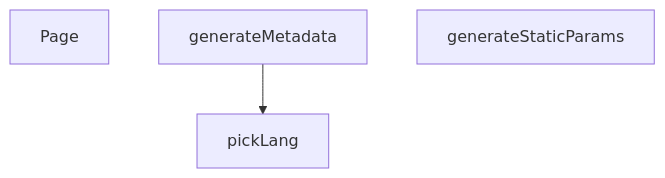
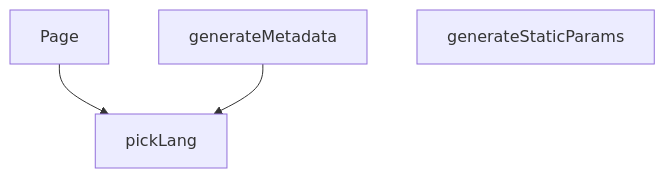
One commit to peckop/venthub-hvac-esite changed the diagram in src/app/[lang]/products/[slug]/page.md. Above: the diagram before and after it, drawn with Mermaid. The commit also changed other lines of this file and 1 other file, not shown here.

````diff
--- a/src/app/[lang]/products/[slug]/page.md
+++ b/src/app/[lang]/products/[slug]/page.md
@@ -153,8 +190,9 @@
 ```mermaid
 graph TD
     page_tsx__Page["Page"]
     page_tsx__generateMetadata["generateMetadata"]
     page_tsx__generateStaticParams["generateStaticParams"]
     page_tsx__pickLang["pickLang"]
+    page_tsx__Page --> page_tsx__pickLang
     page_tsx__generateMetadata --> page_tsx__pickLang
 ```
````
